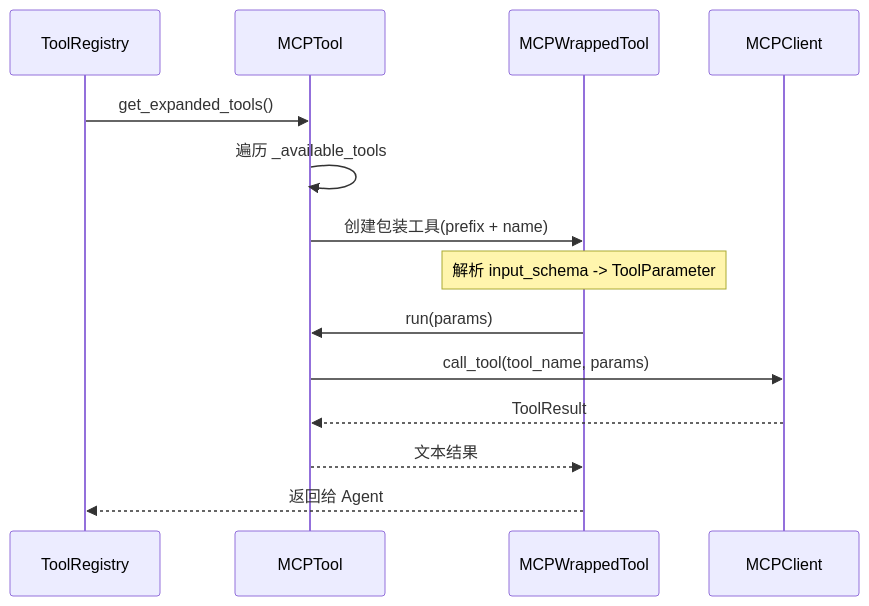
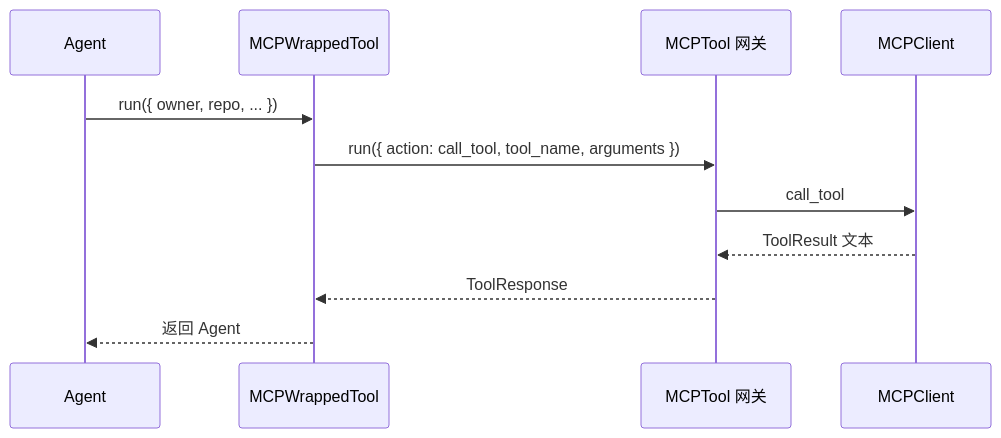
The fifth of 5 diagrams in docs/MCP工具实现说明.md (promisestar/MyClaw), drawn with Mermaid before and after one commit. The commit also changed other lines of this file and 9 other files, not shown here.

````diff
--- a/docs/MCP工具实现说明.md
+++ b/docs/MCP工具实现说明.md
@@ -103,18 +282,14 @@
 ```mermaid
 sequenceDiagram
-    participant R as ToolRegistry
-    participant M as MCPTool
+    participant A as Agent
     participant W as MCPWrappedTool
+    participant M as MCPTool 网关
     participant C as MCPClient
 
-    R->>M: get_expanded_tools()
-    M->>M: 遍历 _available_tools
-    M->>W: 创建包装工具(prefix + name)
-    Note over W: 解析 input_schema -> ToolParameter
-
-    W->>M: run(params)
-    M->>C: call_tool(tool_name, params)
-    C-->>M: ToolResult
-    M-->>W: 文本结果
-    W-->>R: 返回给 Agent
+    A->>W: run({ owner, repo, ... })
+    W->>M: run({ action: call_tool, tool_name, arguments })
+    M->>C: call_tool
+    C-->>M: ToolResult 文本
+    M-->>W: ToolResponse
+    W-->>A: 返回 Agent
 ```
````
